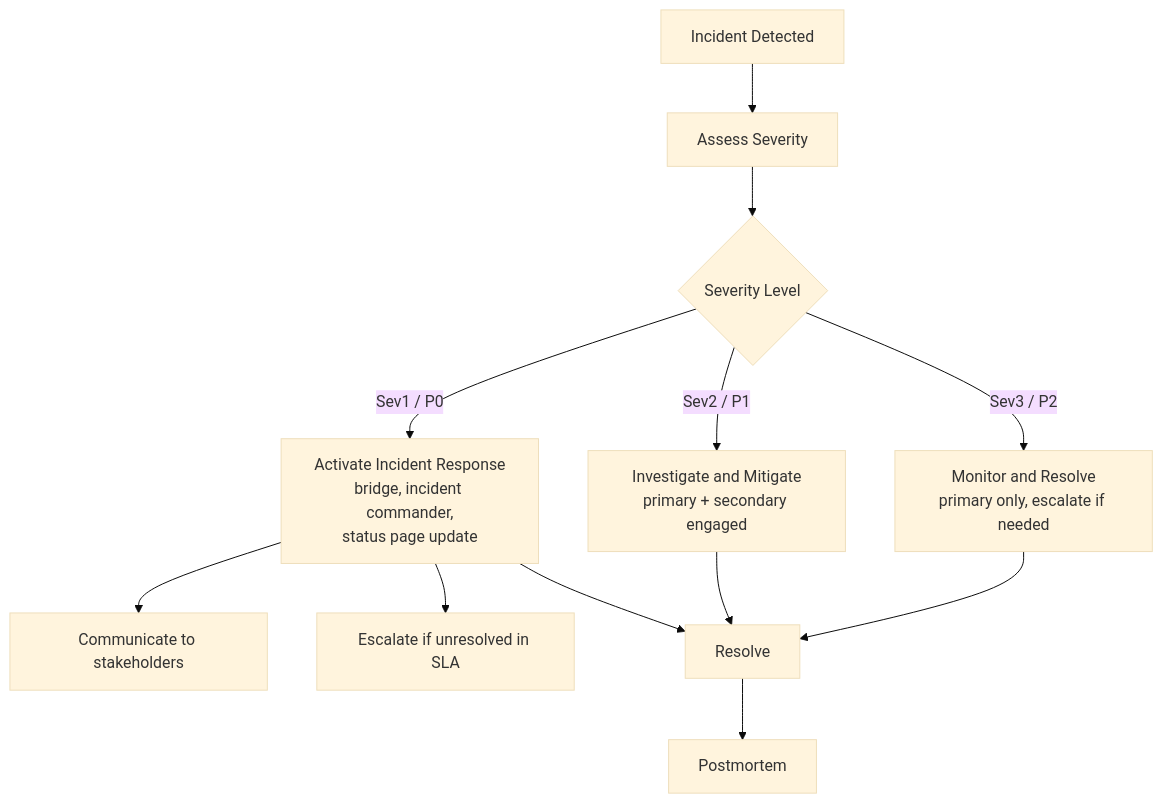
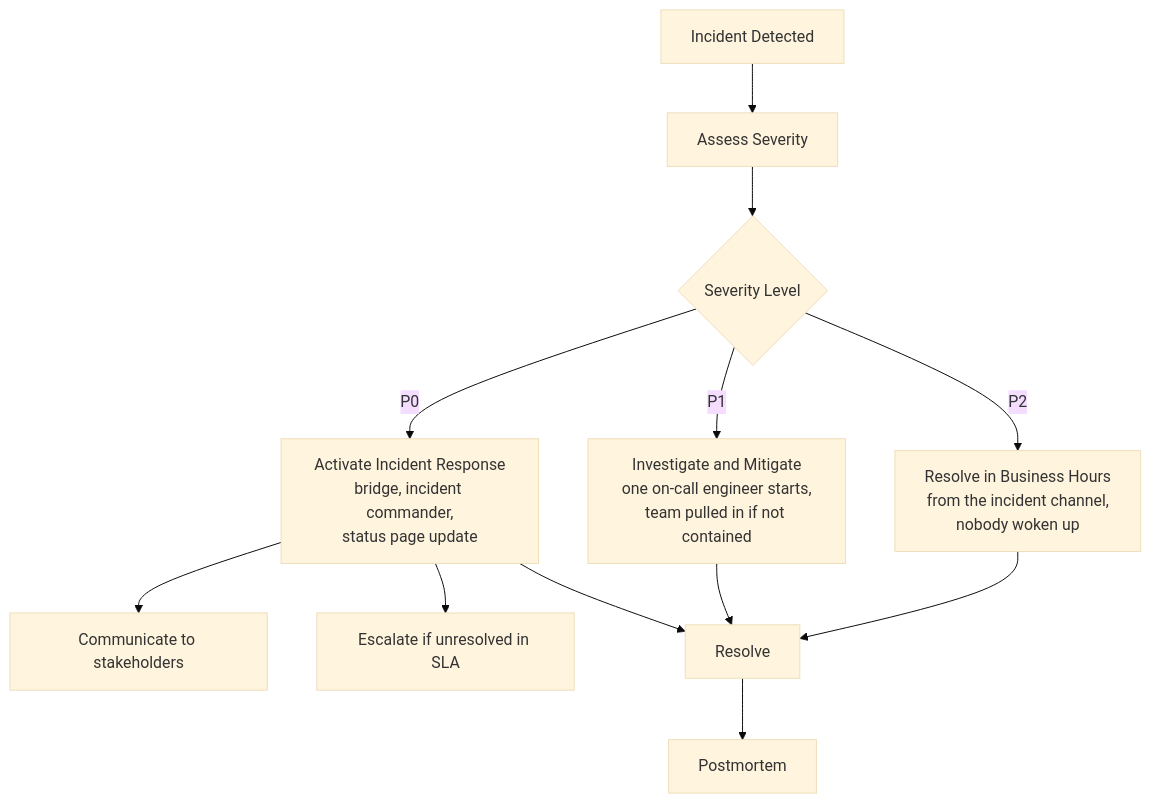
Before and after one commit to radra23/scryops-site: the fourth of 6 diagrams in content/guides/on-call-procedures.md, drawn with Mermaid (base theme). The commit also changed other lines of this file and 2 other files, not shown here.

Commit message:
fix(content): align on-call incident diagram with the severity guide
Three leftovers from the on-call review that shipped in #112:
- the incident-response diagram labelled branches "Sev1 / P0",
  "Sev2 / P1", "Sev3 / P2"; the site uses P0-P4 only
- P1 said "primary + secondary engaged"; alert-severity-levels says
  "One on-call engineer starts; pull in a dedicated team if it isn't
  contained quickly"
- P2 said "primary only, escalate if needed", implying a responder;
  the severity guide says nobody is woken up and it's handled in
  business hours (the page's own routing diagram already says so)
Also removes a TODO comment recommending Opsgenie.

Only the changed diagram is re-rendered (the page's other five SVGs
re-render byte-identical); the replaced SVG is removed.

```diff
--- a/content/guides/on-call-procedures.md
+++ b/content/guides/on-call-procedures.md
@@ -85,14 +84,14 @@
 {{< mermaid >}}
 flowchart TD
     A[Incident Detected] --> B[Assess Severity]
     B --> C{Severity Level}
-    C -->|Sev1 / P0| D[Activate Incident Response<br/>bridge, incident commander,<br/>status page update]
-    C -->|Sev2 / P1| E[Investigate and Mitigate<br/>primary + secondary engaged]
-    C -->|Sev3 / P2| F[Monitor and Resolve<br/>primary only, escalate if needed]
+    C -->|P0| D[Activate Incident Response<br/>bridge, incident commander,<br/>status page update]
+    C -->|P1| E[Investigate and Mitigate<br/>one on-call engineer starts,<br/>team pulled in if not contained]
+    C -->|P2| F[Resolve in Business Hours<br/>from the incident channel,<br/>nobody woken up]
     D --> G[Communicate to stakeholders]
     D --> H[Escalate if unresolved in SLA]
     D --> I[Resolve]
     E --> I
     F --> I
     I --> J[Postmortem]
 {{< /mermaid >}}
```
